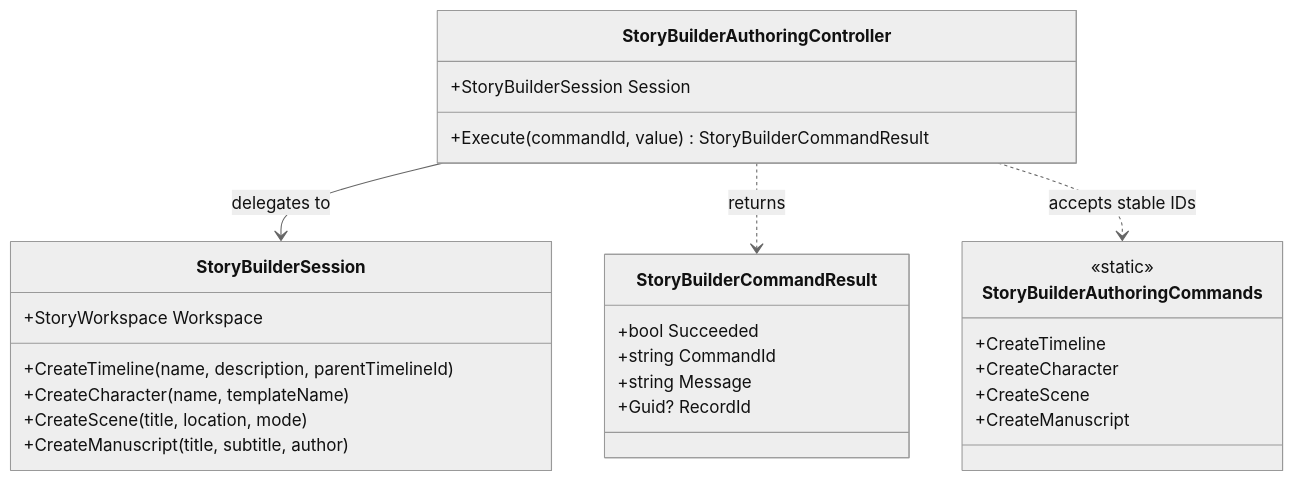
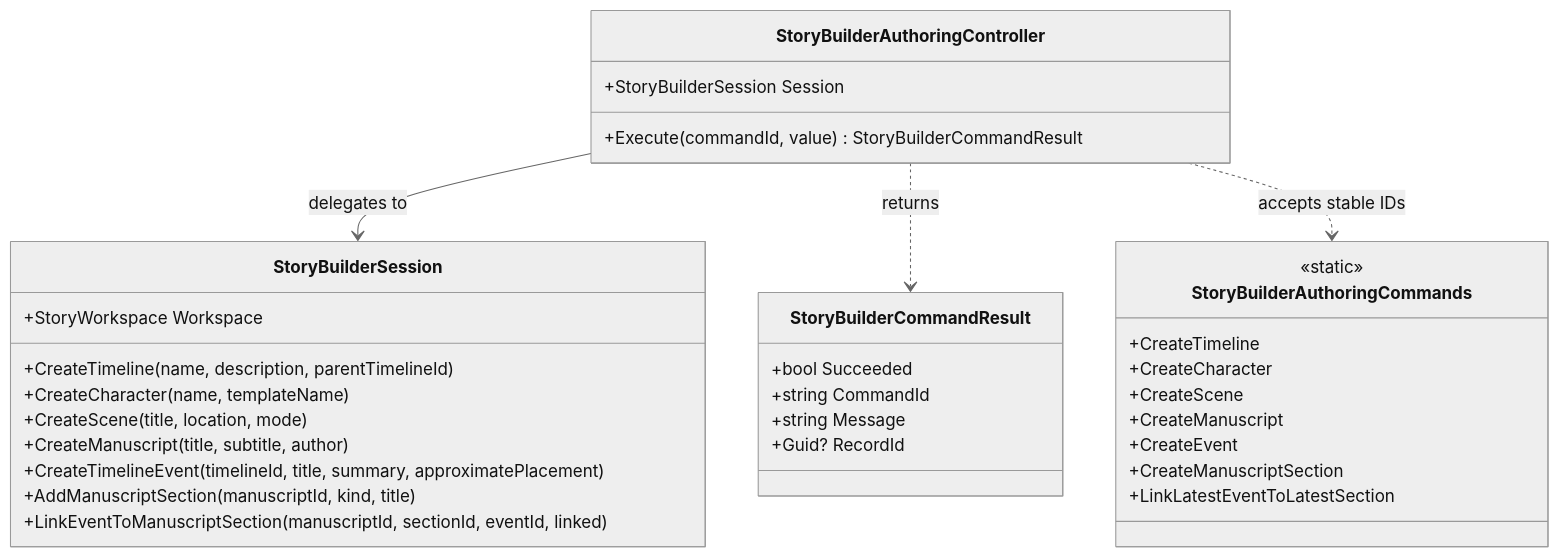
The diagram in docs/UML/StoryBuilderAuthoringControllerUML.md (TrentBest/StoryBuilder), drawn with Mermaid (neutral theme) before and after one commit. The commit also changed other lines of this file, not shown here.

Commit message:
Update authoring controller UML and use cases

````diff
--- a/docs/UML/StoryBuilderAuthoringControllerUML.md
+++ b/docs/UML/StoryBuilderAuthoringControllerUML.md
@@ -3,30 +3,36 @@
 ```mermaid
 classDiagram
     class StoryBuilderSession {
         +StoryWorkspace Workspace
         +CreateTimeline(name, description, parentTimelineId)
         +CreateCharacter(name, templateName)
         +CreateScene(title, location, mode)
         +CreateManuscript(title, subtitle, author)
+        +CreateTimelineEvent(timelineId, title, summary, approximatePlacement)
+        +AddManuscriptSection(manuscriptId, kind, title)
+        +LinkEventToManuscriptSection(manuscriptId, sectionId, eventId, linked)
     }
     class StoryBuilderAuthoringController {
         +StoryBuilderSession Session
         +Execute(commandId, value) StoryBuilderCommandResult
     }
     class StoryBuilderCommandResult {
         +bool Succeeded
         +string CommandId
         +string Message
         +Guid? RecordId
     }
     class StoryBuilderAuthoringCommands {
         <<static>>
         +CreateTimeline
         +CreateCharacter
         +CreateScene
         +CreateManuscript
+        +CreateEvent
+        +CreateManuscriptSection
+        +LinkLatestEventToLatestSection
     }
     StoryBuilderAuthoringController --> StoryBuilderSession : delegates to
     StoryBuilderAuthoringController ..> StoryBuilderCommandResult : returns
     StoryBuilderAuthoringController ..> StoryBuilderAuthoringCommands : accepts stable IDs
 ```
````
